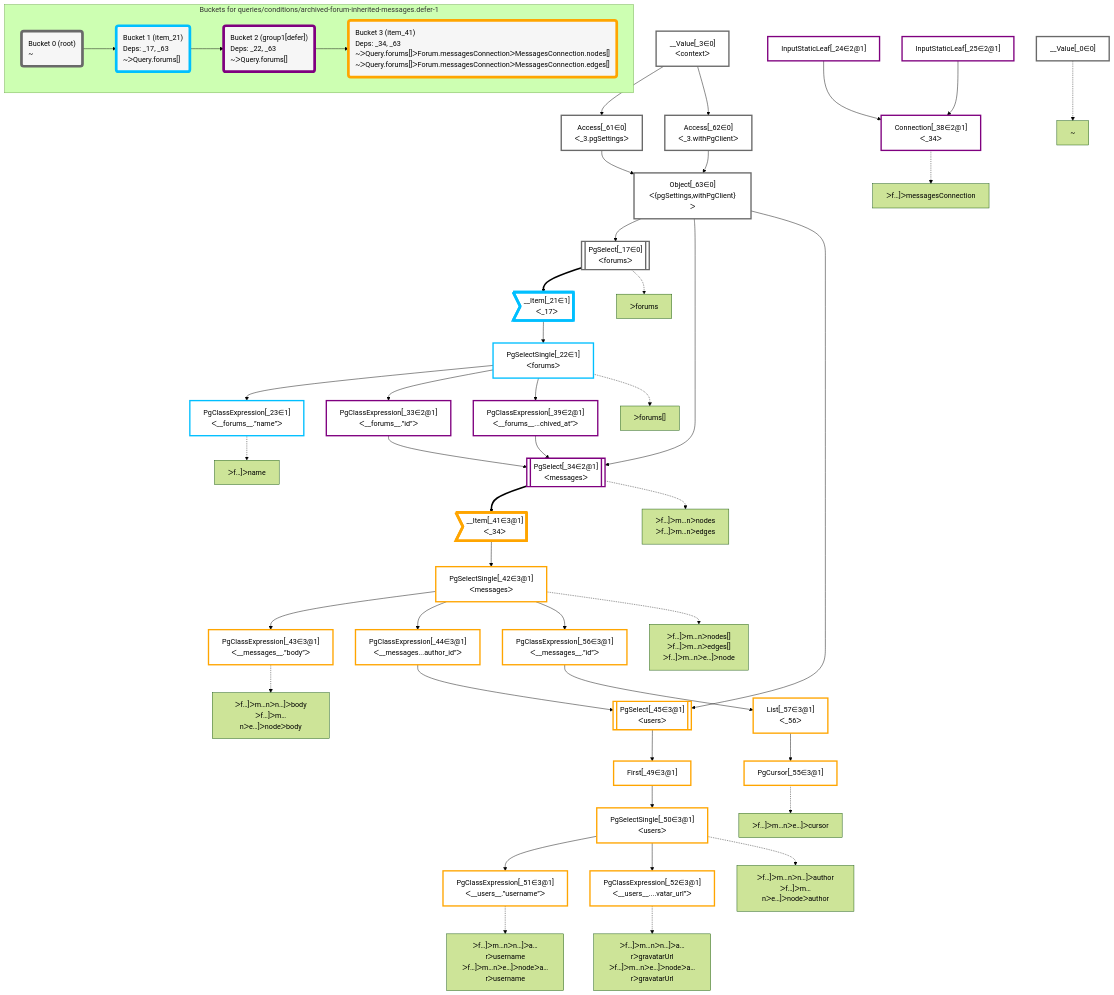
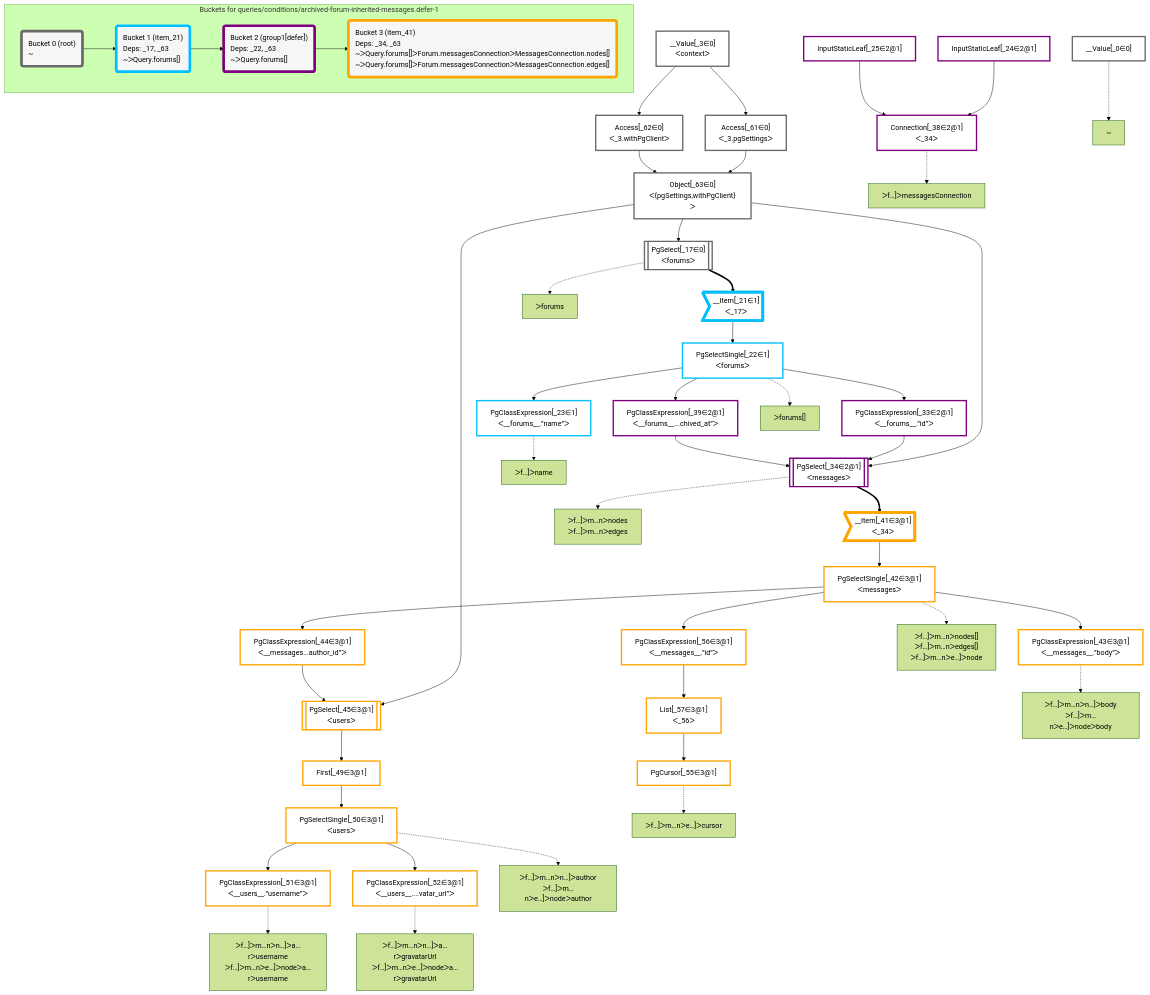
The diagram in packages/dataplan-pg/__tests__/queries/conditions/archived-forum-inherited-messages.defer-1.deopt.mermaid.md (graphile/crystal), drawn with Mermaid (forest theme) before and after one commit. The commit also changed other lines of this file and 195 other files, not shown here.

```diff
--- a/packages/dataplan-pg/__tests__/queries/conditions/archived-forum-inherited-messages.defer-1.deopt.mermaid.md
+++ b/packages/dataplan-pg/__tests__/queries/conditions/archived-forum-inherited-messages.defer-1.deopt.mermaid.md
@@ -9,57 +9,57 @@
 
     %% define plans
     __Value_0["__Value[_0∈0]"]:::plan
+    PgClassExpression_23["PgClassExpression[_23∈1]<br />ᐸ__forums__.”name”ᐳ"]:::plan
+    PgClassExpression_43["PgClassExpression[_43∈3@1]<br />ᐸ__messages__.”body”ᐳ"]:::plan
+    PgClassExpression_51["PgClassExpression[_51∈3@1]<br />ᐸ__users__.”username”ᐳ"]:::plan
+    PgClassExpression_52["PgClassExpression[_52∈3@1]<br />ᐸ__users__....vatar_url”ᐳ"]:::plan
+    PgSelectSingle_50["PgSelectSingle[_50∈3@1]<br />ᐸusersᐳ"]:::plan
+    First_49["First[_49∈3@1]"]:::plan
+    PgSelect_45[["PgSelect[_45∈3@1]<br />ᐸusersᐳ"]]:::plan
+    PgClassExpression_44["PgClassExpression[_44∈3@1]<br />ᐸ__messages...author_id”ᐳ"]:::plan
+    PgCursor_55["PgCursor[_55∈3@1]"]:::plan
+    List_57["List[_57∈3@1]<br />ᐸ_56ᐳ"]:::plan
+    PgClassExpression_56["PgClassExpression[_56∈3@1]<br />ᐸ__messages__.”id”ᐳ"]:::plan
+    PgSelectSingle_42["PgSelectSingle[_42∈3@1]<br />ᐸmessagesᐳ"]:::plan
+    __Item_41>"__Item[_41∈3@1]<br />ᐸ_34ᐳ"]:::itemplan
+    PgSelect_34[["PgSelect[_34∈2@1]<br />ᐸmessagesᐳ"]]:::plan
+    PgClassExpression_33["PgClassExpression[_33∈2@1]<br />ᐸ__forums__.”id”ᐳ"]:::plan
+    PgClassExpression_39["PgClassExpression[_39∈2@1]<br />ᐸ__forums__...chived_at”ᐳ"]:::plan
+    PgSelectSingle_22["PgSelectSingle[_22∈1]<br />ᐸforumsᐳ"]:::plan
+    __Item_21>"__Item[_21∈1]<br />ᐸ_17ᐳ"]:::itemplan
+    PgSelect_17[["PgSelect[_17∈0]<br />ᐸforumsᐳ"]]:::plan
+    Object_63["Object[_63∈0]<br />ᐸ{pgSettings,withPgClient}ᐳ"]:::plan
+    Access_61["Access[_61∈0]<br />ᐸ_3.pgSettingsᐳ"]:::plan
+    Access_62["Access[_62∈0]<br />ᐸ_3.withPgClientᐳ"]:::plan
     __Value_3["__Value[_3∈0]<br />ᐸcontextᐳ"]:::plan
-    PgSelect_17[["PgSelect[_17∈0]<br />ᐸforumsᐳ"]]:::plan
-    __Item_21>"__Item[_21∈1]<br />ᐸ_17ᐳ"]:::itemplan
-    PgSelectSingle_22["PgSelectSingle[_22∈1]<br />ᐸforumsᐳ"]:::plan
-    PgClassExpression_23["PgClassExpression[_23∈1]<br />ᐸ__forums__.”name”ᐳ"]:::plan
+    Connection_38["Connection[_38∈2@1]<br />ᐸ_34ᐳ"]:::plan
     InputStaticLeaf_24["InputStaticLeaf[_24∈2@1]"]:::plan
     InputStaticLeaf_25["InputStaticLeaf[_25∈2@1]"]:::plan
-    PgClassExpression_33["PgClassExpression[_33∈2@1]<br />ᐸ__forums__.”id”ᐳ"]:::plan
-    PgSelect_34[["PgSelect[_34∈2@1]<br />ᐸmessagesᐳ"]]:::plan
-    Connection_38["Connection[_38∈2@1]<br />ᐸ_34ᐳ"]:::plan
-    PgClassExpression_39["PgClassExpression[_39∈2@1]<br />ᐸ__forums__...chived_at”ᐳ"]:::plan
-    __Item_41>"__Item[_41∈3@1]<br />ᐸ_34ᐳ"]:::itemplan
-    PgSelectSingle_42["PgSelectSingle[_42∈3@1]<br />ᐸmessagesᐳ"]:::plan
-    PgClassExpression_43["PgClassExpression[_43∈3@1]<br />ᐸ__messages__.”body”ᐳ"]:::plan
-    PgClassExpression_44["PgClassExpression[_44∈3@1]<br />ᐸ__messages...author_id”ᐳ"]:::plan
-    PgSelect_45[["PgSelect[_45∈3@1]<br />ᐸusersᐳ"]]:::plan
-    First_49["First[_49∈3@1]"]:::plan
-    PgSelectSingle_50["PgSelectSingle[_50∈3@1]<br />ᐸusersᐳ"]:::plan
-    PgClassExpression_51["PgClassExpression[_51∈3@1]<br />ᐸ__users__.”username”ᐳ"]:::plan
-    PgClassExpression_52["PgClassExpression[_52∈3@1]<br />ᐸ__users__....vatar_url”ᐳ"]:::plan
-    PgCursor_55["PgCursor[_55∈3@1]"]:::plan
-    PgClassExpression_56["PgClassExpression[_56∈3@1]<br />ᐸ__messages__.”id”ᐳ"]:::plan
-    List_57["List[_57∈3@1]<br />ᐸ_56ᐳ"]:::plan
-    Access_61["Access[_61∈0]<br />ᐸ_3.pgSettingsᐳ"]:::plan
-    Access_62["Access[_62∈0]<br />ᐸ_3.withPgClientᐳ"]:::plan
-    Object_63["Object[_63∈0]<br />ᐸ{pgSettings,withPgClient}ᐳ"]:::plan
 
     %% plan dependencies
-    Object_63 --> PgSelect_17
-    PgSelect_17 ==> __Item_21
-    __Item_21 --> PgSelectSingle_22
     PgSelectSingle_22 --> PgClassExpression_23
-    PgSelectSingle_22 --> PgClassExpression_33
-    Object_63 & PgClassExpression_33 & PgClassExpression_39 --> PgSelect_34
-    InputStaticLeaf_24 & InputStaticLeaf_25 --> Connection_38
-    PgSelectSingle_22 --> PgClassExpression_39
-    PgSelect_34 ==> __Item_41
-    __Item_41 --> PgSelectSingle_42
     PgSelectSingle_42 --> PgClassExpression_43
-    PgSelectSingle_42 --> PgClassExpression_44
-    Object_63 & PgClassExpression_44 --> PgSelect_45
-    PgSelect_45 --> First_49
-    First_49 --> PgSelectSingle_50
     PgSelectSingle_50 --> PgClassExpression_51
     PgSelectSingle_50 --> PgClassExpression_52
+    First_49 --> PgSelectSingle_50
+    PgSelect_45 --> First_49
+    Object_63 & PgClassExpression_44 --> PgSelect_45
+    PgSelectSingle_42 --> PgClassExpression_44
     List_57 --> PgCursor_55
+    PgClassExpression_56 --> List_57
     PgSelectSingle_42 --> PgClassExpression_56
-    PgClassExpression_56 --> List_57
+    __Item_41 --> PgSelectSingle_42
+    PgSelect_34 ==> __Item_41
+    Object_63 & PgClassExpression_33 & PgClassExpression_39 --> PgSelect_34
+    PgSelectSingle_22 --> PgClassExpression_33
+    PgSelectSingle_22 --> PgClassExpression_39
+    __Item_21 --> PgSelectSingle_22
+    PgSelect_17 ==> __Item_21
+    Object_63 --> PgSelect_17
+    Access_61 & Access_62 --> Object_63
     __Value_3 --> Access_61
     __Value_3 --> Access_62
-    Access_61 & Access_62 --> Object_63
+    InputStaticLeaf_24 & InputStaticLeaf_25 --> Connection_38
 
     %% plan-to-path relationships
     P_0["~"]
```
